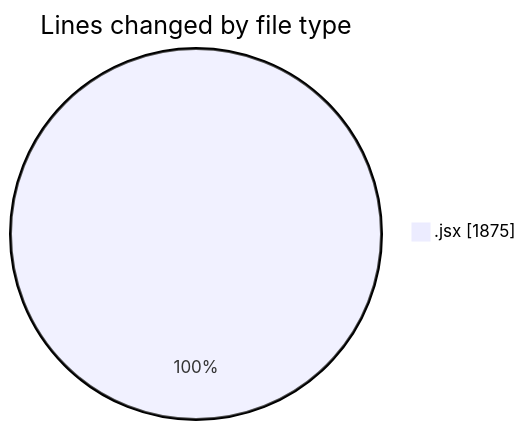
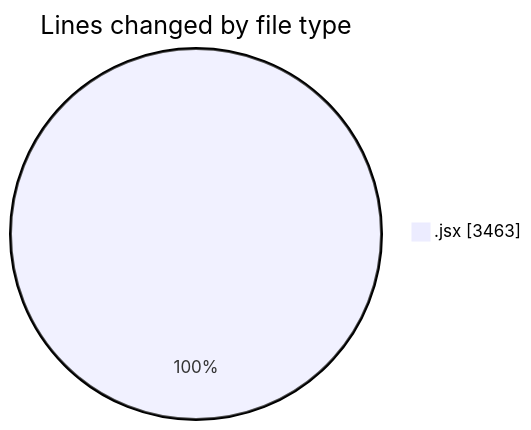
The first of 2 diagrams in 2025-05-10/argos-dev/README.md (nxtqubesakshisongat/code-tracking), drawn with Mermaid before and after one commit. The commit also changed other lines of this file and 1 other file, not shown here.

````diff
--- a/2025-05-10/argos-dev/README.md
+++ b/2025-05-10/argos-dev/README.md
@@ -21,5 +22,5 @@
 ```mermaid
 pie showData
 title Lines changed by file type
-".jsx" : 1875
+".jsx" : 3463
 ```
````
